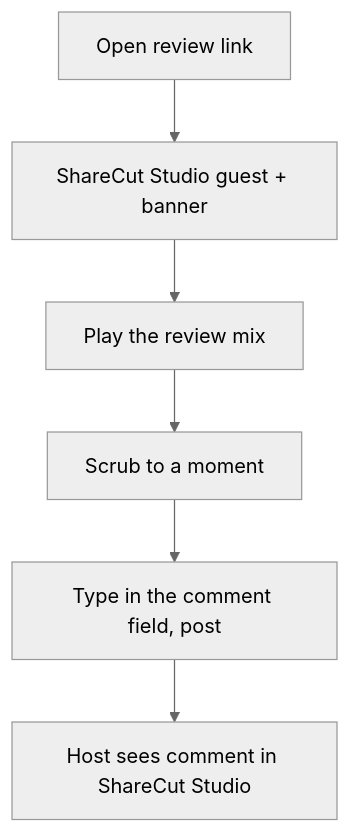
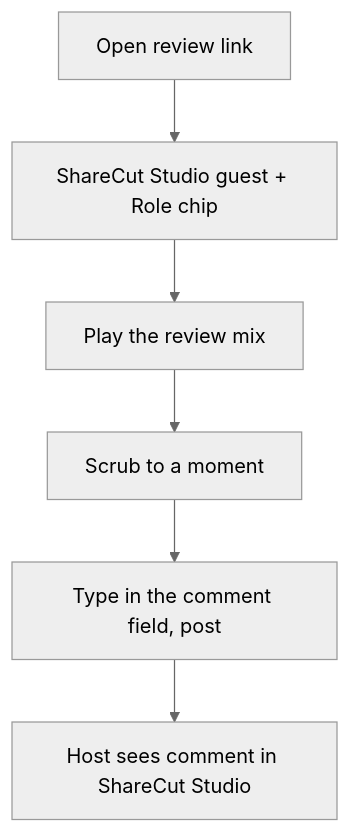
Before and after one commit to calebn/sharecut-studio: the first of 6 diagrams in ux/pages/guest-journeys.md, drawn with Mermaid (neutral theme). The commit also changed other lines of this file and 2 other files, not shown here.

Commit message:
docs(guest): name the Role chip where the pages still said banner (#2298)
Claude-Session: https://claude.ai/code/session_01H7aePLJfEWfyjRyg7DqpcA

````diff
--- a/ux/pages/guest-journeys.md
+++ b/ux/pages/guest-journeys.md
@@ -18,8 +18,8 @@
 ```mermaid
 flowchart TD
-  open[Open review link] --> daw[ShareCut Studio guest + banner]
+  open[Open review link] --> daw[ShareCut Studio guest + Role chip]
   daw --> play[Play the review mix]
   play --> scrub[Scrub to a moment]
   scrub --> note[Type in the comment field, post]
   note --> done[Host sees comment in ShareCut Studio]
 ```
````
